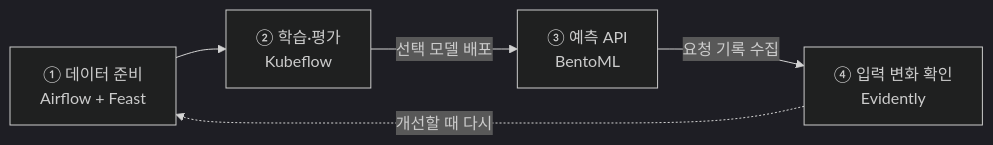
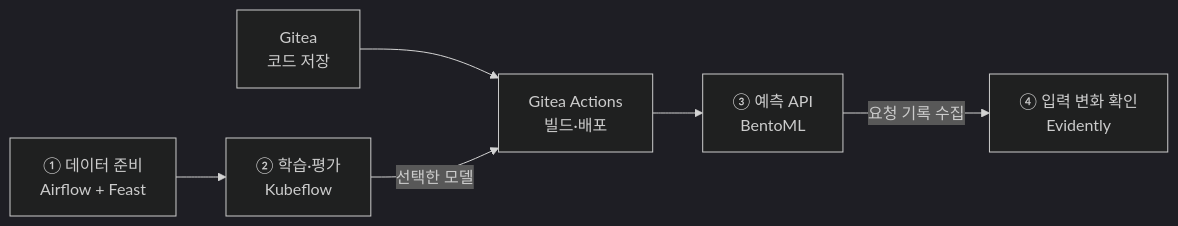
The diagram in docs/mlops/model-serving-monitoring.md (HeesangJin/tech-blog), drawn with Mermaid (dark theme) before and after one commit. The commit also changed other lines of this file and 6 other files, not shown here.

````diff
--- a/docs/mlops/model-serving-monitoring.md
+++ b/docs/mlops/model-serving-monitoring.md
@@ -13,11 +13,12 @@
 ```mermaid
 flowchart LR
+    G["Gitea<br/>코드 저장"] --> X["Gitea Actions<br/>빌드·배포"]
     A["① 데이터 준비<br/>Airflow + Feast"]
     B["② 학습·평가<br/>Kubeflow"]
     C["③ 예측 API<br/>BentoML"]
     D["④ 입력 변화 확인<br/>Evidently"]
     A --> B
-    B -->|"선택 모델 배포"| C
+    B -->|"선택한 모델"| X
+    X --> C
     C -->|"요청 기록 수집"| D
-    D -.->|"개선할 때 다시"| A
 ```
````
